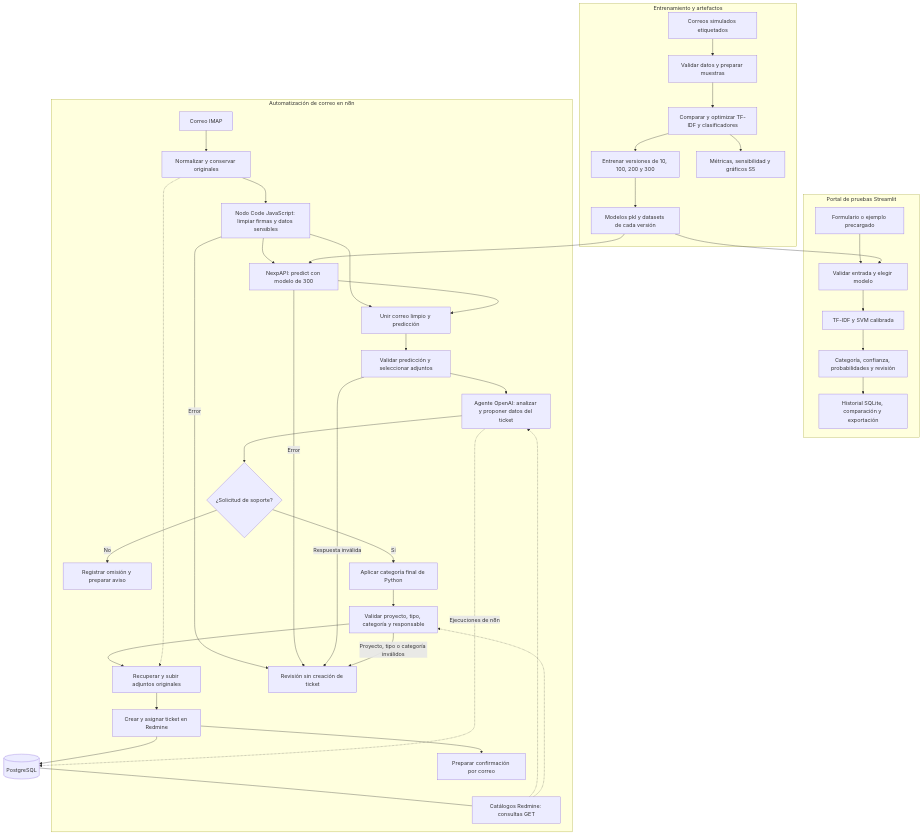
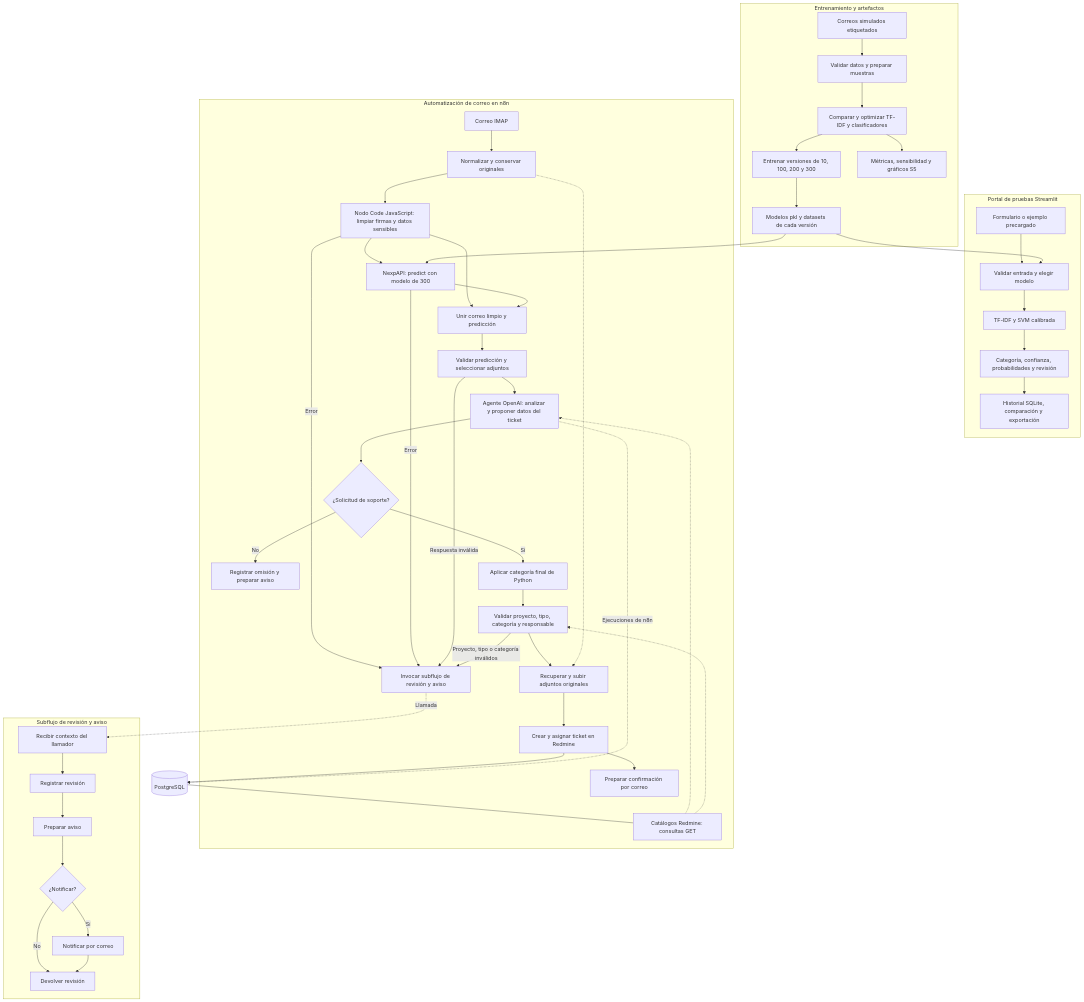
Before and after one commit to n8nmquito/ProyectoIA: the diagram in python/docs/arquitectura.md, drawn with Mermaid. The commit also changed other lines of this file and 12 other files, not shown here.

Commit message:
Extrae revision y aviso de errores a un subflujo reutilizable de n8n

````diff
--- a/python/docs/arquitectura.md
+++ b/python/docs/arquitectura.md
@@ -52,47 +52,57 @@
 ```mermaid
 flowchart TD
     subgraph Entrenamiento[Entrenamiento y artefactos]
         DS["Correos simulados etiquetados"] --> VAL["Validar datos y preparar muestras"]
         VAL --> OPT["Comparar y optimizar TF-IDF y clasificadores"]
         OPT --> FIT["Entrenar versiones de 10, 100, 200 y 300"]
         FIT --> MOD["Modelos pkl y datasets de cada versión"]
         OPT --> REP["Métricas, sensibilidad y gráficos S5"]
     end
 
     subgraph Portal[Portal de pruebas Streamlit]
         WEB["Formulario o ejemplo precargado"] --> SEL["Validar entrada y elegir modelo"]
         MOD --> SEL
         SEL --> INF["TF-IDF y SVM calibrada"]
         INF --> OUT["Categoría, confianza, probabilidades y revisión"]
         OUT --> HIST["Historial SQLite, comparación y exportación"]
     end
 
     subgraph Automatizacion[Automatización de correo en n8n]
         IMAP["Correo IMAP"] --> NOR["Normalizar y conservar originales"]
         NOR --> CLEAN["Nodo Code JavaScript: limpiar firmas y datos sensibles"]
         CLEAN --> API["NexpAPI: predict con modelo de 300"]
         MOD --> API
         CLEAN --> MERGE["Unir correo limpio y predicción"]
         API --> MERGE
         MERGE --> ATT["Validar predicción y seleccionar adjuntos"]
         ATT --> AG["Agente OpenAI: analizar y proponer datos del ticket"]
         CAT["Catálogos Redmine: consultas GET"] -.-> AG
         AG --> REL{"¿Solicitud de soporte?"}
         REL -->|No| OMIT["Registrar omisión y preparar aviso"]
         REL -->|Sí| FINAL["Aplicar categoría final de Python"]
         FINAL --> CHECK["Validar proyecto, tipo, categoría y responsable"]
         CAT -.-> CHECK
         CHECK --> FILES["Recuperar y subir adjuntos originales"]
         NOR -.-> FILES
         FILES --> RM["Crear y asignar ticket en Redmine"]
         RM --> MAIL["Preparar confirmación por correo"]
-        CLEAN -->|Error| REVIEW["Revisión sin creación de ticket"]
+        CLEAN -->|Error| REVIEW["Invocar subflujo de revisión y aviso"]
         API -->|Error| REVIEW
         ATT -->|Respuesta inválida| REVIEW
         CHECK -->|Proyecto, tipo o categoría inválidos| REVIEW
     end
 
+    subgraph ManejoErrores[Subflujo de revisión y aviso]
+        ER_START["Recibir contexto del llamador"] --> ER_REVIEW["Registrar revisión"]
+        ER_REVIEW --> ER_PREPARE["Preparar aviso"]
+        ER_PREPARE --> ER_IF{"¿Notificar?"}
+        ER_IF -->|Sí| ER_SEND["Notificar por correo"]
+        ER_IF -->|No| ER_END["Devolver revisión"]
+        ER_SEND --> ER_END
+    end
+    REVIEW -. "Llamada" .-> ER_START
+
     PG[(PostgreSQL)] --- CAT
     RM --> PG
     AG -. "Ejecuciones de n8n" .-> PG
 ```
````
